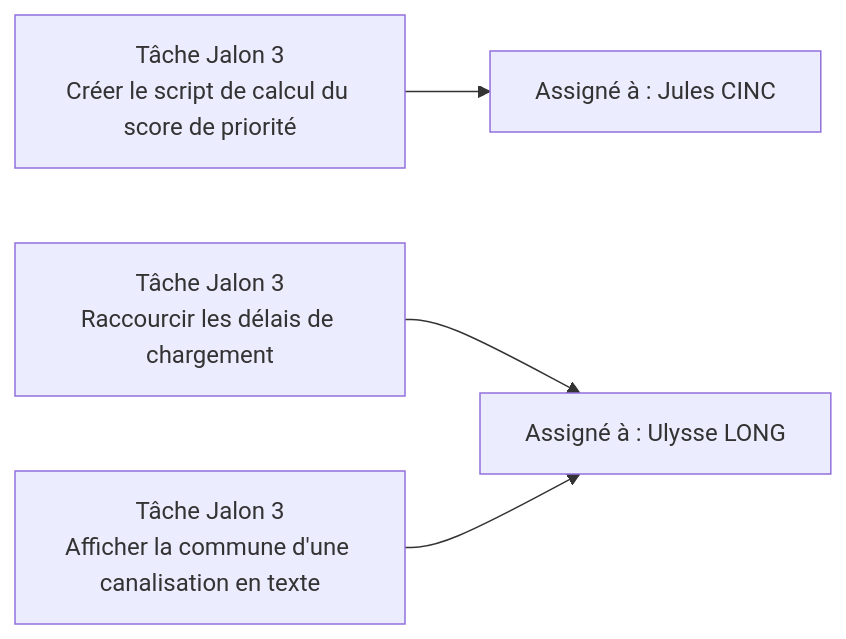
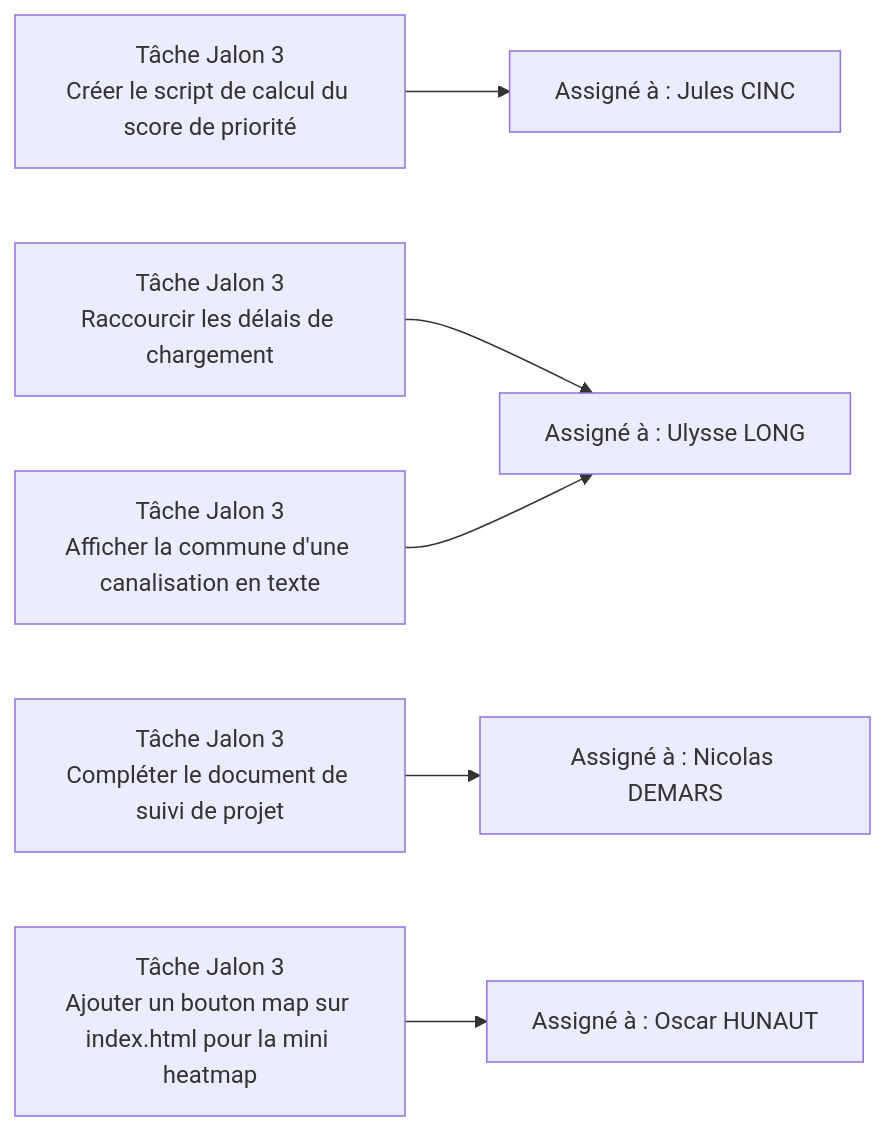
Before and after one commit to JulesCinc/RenovTaCana: the diagram in README.md, drawn with Mermaid. The commit also changed other lines of this file and 6 other files, not shown here.

````diff
--- a/README.md
+++ b/README.md
@@ -73,6 +75,8 @@
 ```mermaid
 flowchart LR
     T[Tâche Jalon 3<br/>Créer le script de calcul du score de priorité] --> A[Assigné à : Jules CINC]
     U1[Tâche Jalon 3<br/>Raccourcir les délais de chargement] --> U[Assigné à : Ulysse LONG]
     U2[Tâche Jalon 3<br/>Afficher la commune d'une canalisation en texte] --> U
+    N1[Tâche Jalon 3<br/>Compléter le document de suivi de projet] --> N[Assigné à : Nicolas DEMARS]
+    O1[Tâche Jalon 3<br/>Ajouter un bouton map sur index.html pour la mini heatmap] --> O[Assigné à : Oscar HUNAUT]
 ```
````
